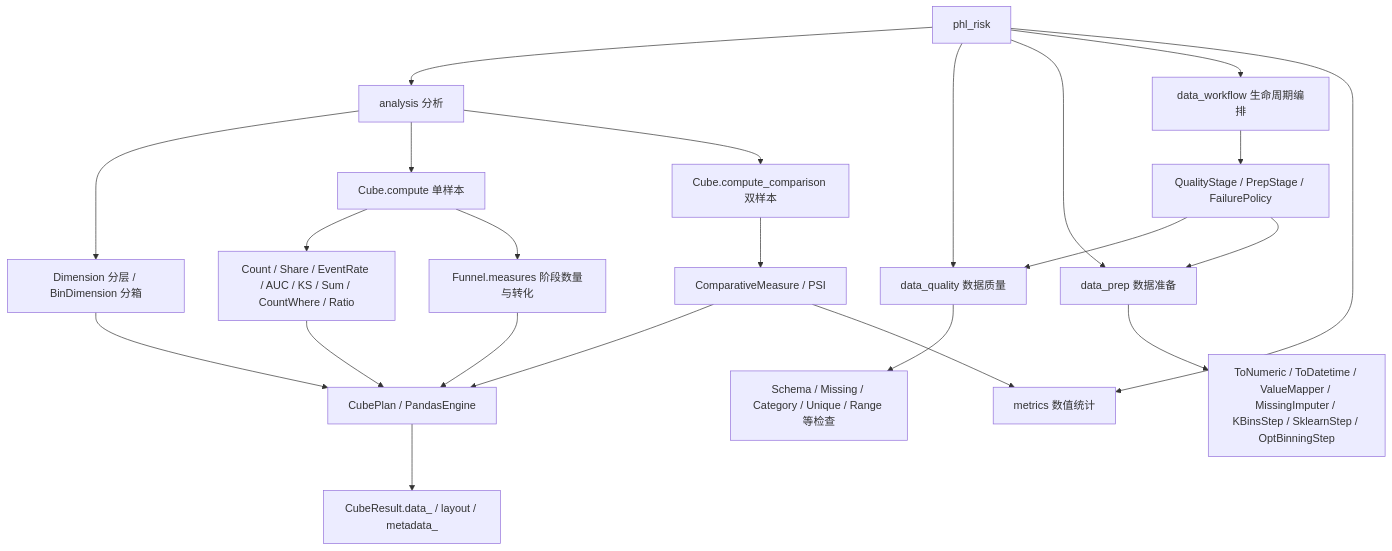
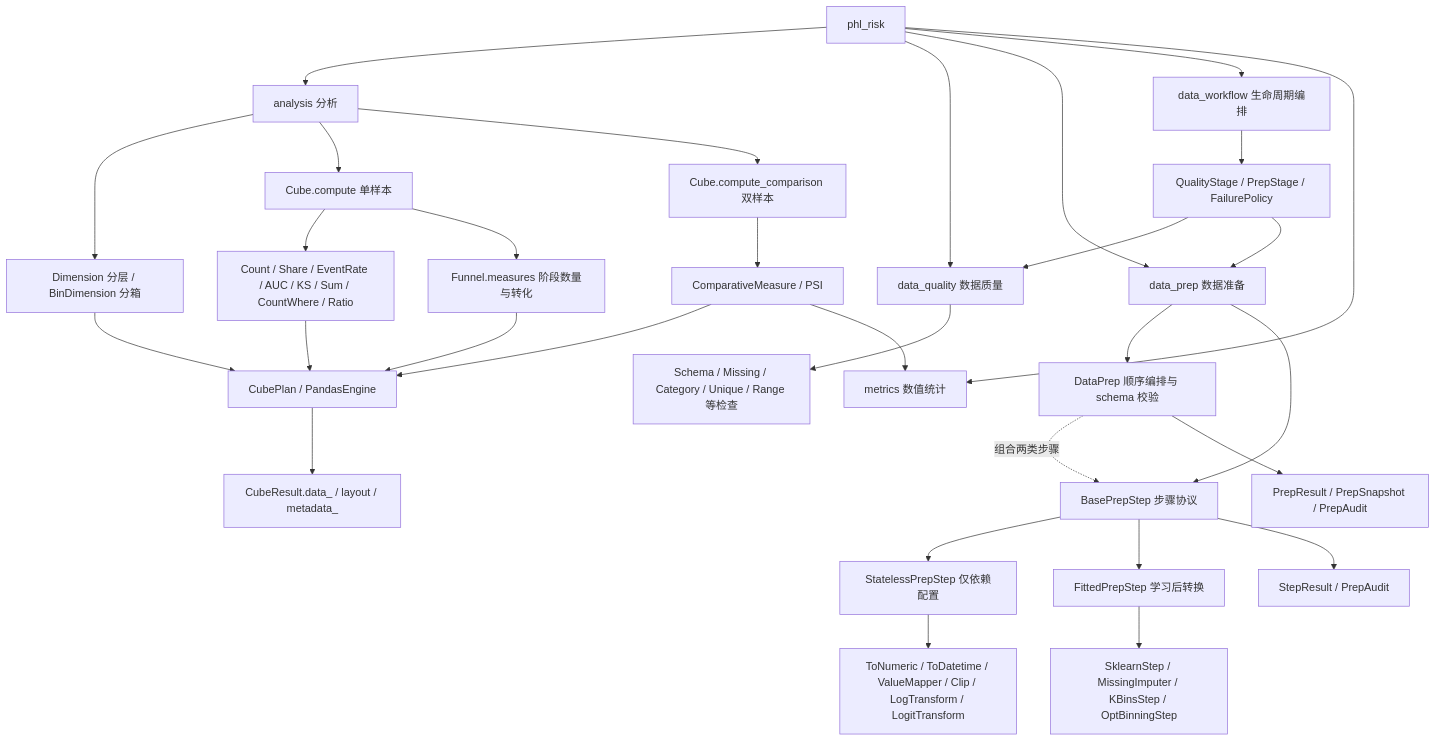
Before and after one commit to TaoXue-99/phi_risk: the first of 2 diagrams in README.md, drawn with Mermaid. The commit also changed other lines of this file, not shown here.

Commit message:
docs: align README prep structure with lifecycle refactor

````diff
--- a/README.md
+++ b/README.md
@@ -8,25 +8,33 @@
 ```mermaid
 flowchart TD
     P[phl_risk] --> A[analysis 分析]
     P --> Q[data_quality 数据质量]
     P --> T[data_prep 数据准备]
     P --> W[data_workflow 生命周期编排]
     P --> M[metrics 数值统计]
     A --> D[Dimension 分层 / BinDimension 分箱]
     A --> S[Cube.compute 单样本]
     A --> C[Cube.compute_comparison 双样本]
     S --> SM[Count / Share / EventRate / AUC / KS / Sum / CountWhere / Ratio]
     S --> F[Funnel.measures 阶段数量与转化]
     C --> CM[ComparativeMeasure / PSI]
     Q --> QC[Schema / Missing / Category / Unique / Range 等检查]
-    T --> PS[ToNumeric / ToDatetime / ValueMapper / MissingImputer / KBinsStep / SklearnStep / OptBinningStep]
+    T --> DP[DataPrep 顺序编排与 schema 校验]
+    T --> PB[BasePrepStep 步骤协议]
+    PB --> SP[StatelessPrepStep 仅依赖配置]
+    PB --> FP[FittedPrepStep 学习后转换]
+    SP --> SS[ToNumeric / ToDatetime / ValueMapper / Clip / LogTransform / LogitTransform]
+    FP --> FS[SklearnStep / MissingImputer / KBinsStep / OptBinningStep]
+    DP -. 组合两类步骤 .-> PB
+    DP --> PR[PrepResult / PrepSnapshot / PrepAudit]
+    PB --> SR[StepResult / PrepAudit]
     W --> QS[QualityStage / PrepStage / FailurePolicy]
     QS --> Q
     QS --> T
     D --> E[CubePlan / PandasEngine]
     SM --> E
     F --> E
     CM --> E
     E --> R[CubeResult.data_ / layout / metadata_]
     CM --> M
 ```
````
